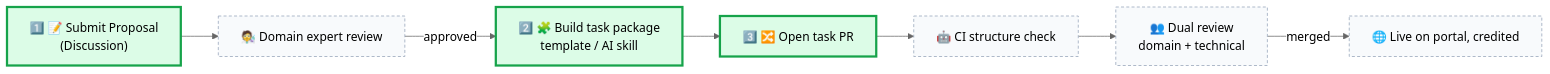
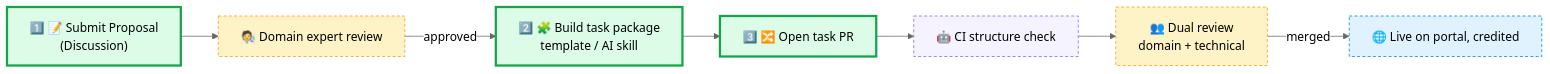
One commit to PrismaX-Team/LiveDiscoveryBench-Tasks changed the diagram in README_EN.md. Above: the diagram before and after it, drawn with Mermaid (neutral theme). The commit also changed other lines of this file and 1 other file, not shown here.

Commit message:
docs: restore colours for non-contributor flowchart steps

````diff
--- a/README_EN.md
+++ b/README_EN.md
@@ -47,17 +47,17 @@
 ```mermaid
 flowchart LR
     A["1️⃣ 📝 Submit Proposal<br/>(Discussion)"] --> B["🧑‍🔬 Domain expert review"]
     B -->|approved| C["2️⃣ 🧩 Build task package<br/>template / AI skill"]
     C --> E["3️⃣ 🔀 Open task PR"]
     E --> F["🤖 CI structure check"]
     F --> G["👥 Dual review<br/>domain + technical"]
     G -->|merged| H["🌐 Live on portal, credited"]
 
     style A fill:#dcfce7,stroke:#16a34a,stroke-width:3px
     style C fill:#dcfce7,stroke:#16a34a,stroke-width:3px
     style E fill:#dcfce7,stroke:#16a34a,stroke-width:3px
-    style B fill:#f8fafc,stroke:#94a3b8,stroke-dasharray:4 3
-    style F fill:#f8fafc,stroke:#94a3b8,stroke-dasharray:4 3
-    style G fill:#f8fafc,stroke:#94a3b8,stroke-dasharray:4 3
-    style H fill:#f8fafc,stroke:#94a3b8,stroke-dasharray:4 3
+    style B fill:#fef3c7,stroke:#f59e0b,stroke-dasharray:4 3
+    style F fill:#f5f3ff,stroke:#8b5cf6,stroke-dasharray:4 3
+    style G fill:#fef3c7,stroke:#f59e0b,stroke-dasharray:4 3
+    style H fill:#e0f2fe,stroke:#0284c7,stroke-dasharray:4 3
 ```
````
